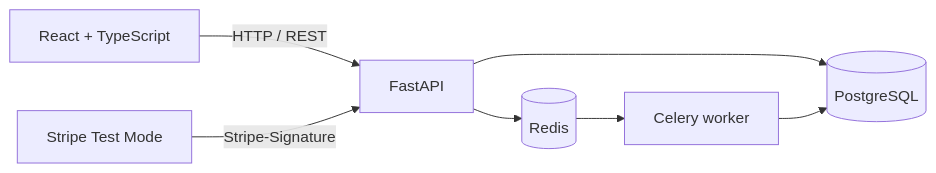
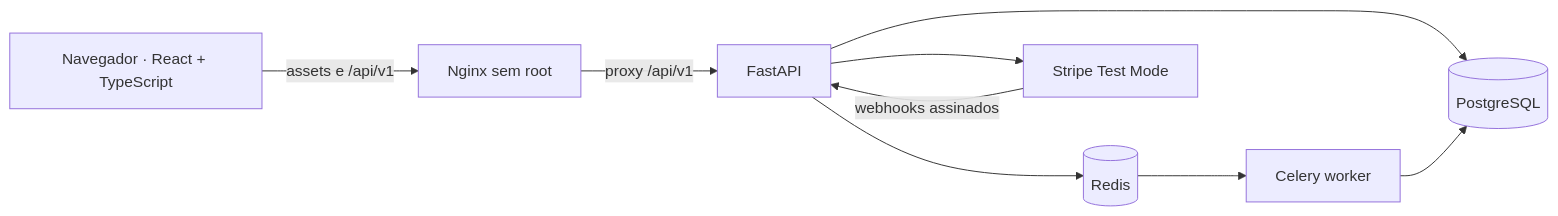
Before and after one commit to Jos3Vitor34/orderflow: the diagram in README.md, drawn with Mermaid. The commit also changed other lines of this file and 6 other files, not shown here.

````diff
--- a/README.md
+++ b/README.md
@@ -13,9 +48,11 @@
 ```mermaid
 flowchart LR
-    Browser[React + TypeScript] -->|HTTP / REST| API[FastAPI]
+    Browser["Navegador · React + TypeScript"] -->|"assets e /api/v1"| Nginx["Nginx sem root"]
+    Nginx -->|"proxy /api/v1"| API[FastAPI]
     API --> PG[(PostgreSQL)]
     API --> Redis[(Redis)]
     Redis --> Worker[Celery worker]
     Worker --> PG
-    Stripe[Stripe Test Mode] -->|Stripe-Signature| API
+    API --> Stripe[Stripe Test Mode]
+    Stripe -->|"webhooks assinados"| API
 ```
````
